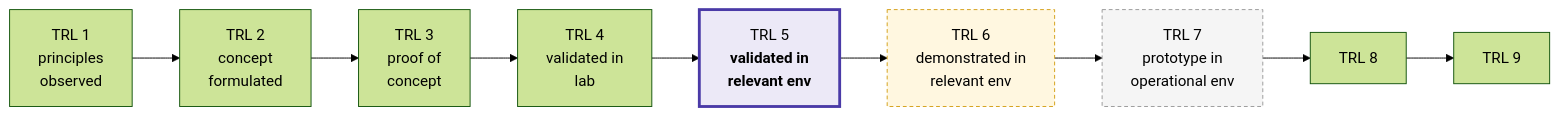
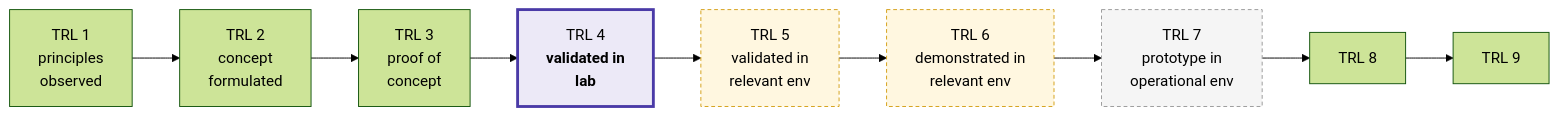
Diagram 45 of 47 in docs/01-ARCHITECTURE.md (LethaboMH14/V.U.KA--Geekulcha), drawn with Mermaid (forest theme) before and after one commit. The commit also changed other lines of this file and 5 other files, not shown here.

````diff
--- a/docs/01-ARCHITECTURE.md
+++ b/docs/01-ARCHITECTURE.md
@@ -2268,7 +2268,8 @@
 ```mermaid
 flowchart LR
-    T1["TRL 1<br/>principles<br/>observed"] --> T2["TRL 2<br/>concept<br/>formulated"] --> T3["TRL 3<br/>proof of<br/>concept"] --> T4["TRL 4<br/>validated in<br/>lab"] --> T5["TRL 5<br/><b>validated in<br/>relevant env</b>"] --> T6["TRL 6<br/>demonstrated in<br/>relevant env"] --> T7["TRL 7<br/>prototype in<br/>operational env"] --> T8["TRL 8"] --> T9["TRL 9"]
-    style T5 fill:#ece9f7,stroke:#4a3aa7,stroke-width:3px
+    T1["TRL 1<br/>principles<br/>observed"] --> T2["TRL 2<br/>concept<br/>formulated"] --> T3["TRL 3<br/>proof of<br/>concept"] --> T4["TRL 4<br/><b>validated in<br/>lab</b>"] --> T5["TRL 5<br/>validated in<br/>relevant env"] --> T6["TRL 6<br/>demonstrated in<br/>relevant env"] --> T7["TRL 7<br/>prototype in<br/>operational env"] --> T8["TRL 8"] --> T9["TRL 9"]
+    style T4 fill:#ece9f7,stroke:#4a3aa7,stroke-width:3px
+    style T5 fill:#fff7e0,stroke:#d4a017,stroke-dasharray:4 3
     style T6 fill:#fff7e0,stroke:#d4a017,stroke-dasharray:4 3
     style T7 fill:#f5f5f5,stroke:#999,stroke-dasharray:4 3
 ```
````
